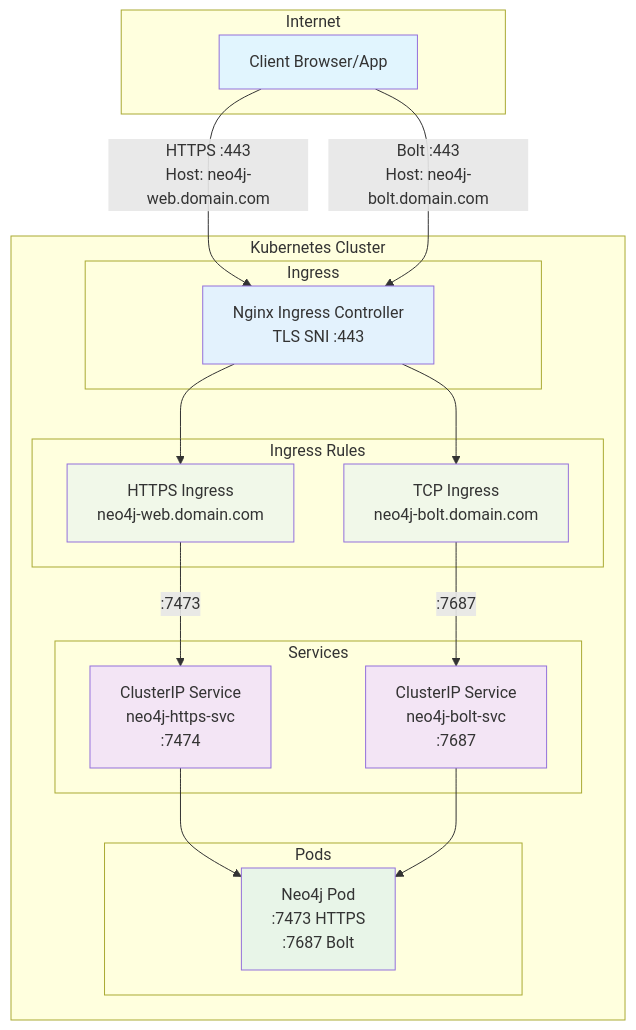
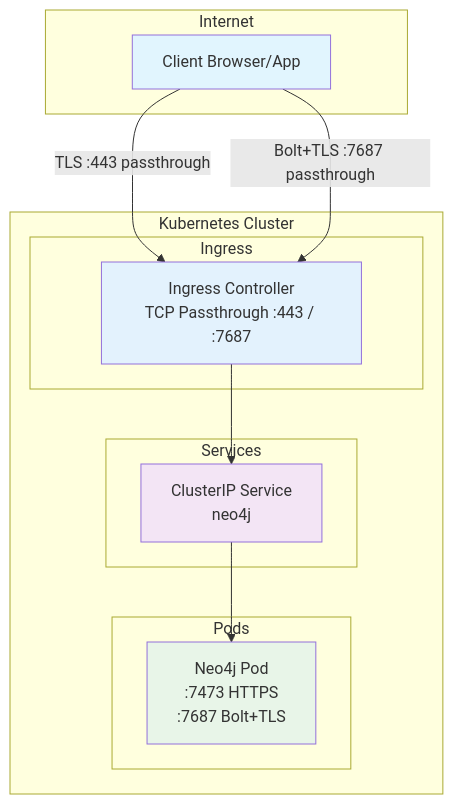
One commit to chboudry/neo4j-kubernetes changed the third of 6 diagrams in readme_network.md. Above: the diagram before and after it, drawn with Mermaid. The commit also changed other lines of this file and 1 other file, not shown here.

Commit message:
Update network architecture documentation for Neo4j on Kubernetes with detailed configuration options and pros/cons for various deployment strategies

````diff
--- a/readme_network.md
+++ b/readme_network.md
@@ -101,46 +150,28 @@
 ```mermaid
 graph TB
     subgraph "Internet"
         Client[Client Browser/App]
     end
-    
+
     subgraph "Kubernetes Cluster"
         subgraph "Ingress"
-            IC[Nginx Ingress Controller<br/>TLS SNI :443]
+            IC[Ingress Controller<br/>TCP Passthrough :443 / :7687]
         end
-        
         subgraph "Services"
-            Neo4jHTTPS[ClusterIP Service<br/>neo4j-https-svc<br/>:7474]
-            Neo4jBolt[ClusterIP Service<br/>neo4j-bolt-svc<br/>:7687]
+            Neo4jSvc[ClusterIP Service<br/>neo4j]
         end
-        
         subgraph "Pods"
-            Neo4j[Neo4j Pod<br/>:7473 HTTPS<br/>:7687 Bolt]
-        end
-        
-        subgraph "Ingress Rules"
-            HTTPSRule[HTTPS Ingress<br/>neo4j-web.domain.com]
-            BoltRule[TCP Ingress<br/>neo4j-bolt.domain.com]
+            Neo4j[Neo4j Pod<br/>:7473 HTTPS<br/>:7687 Bolt+TLS]
         end
     end
-    
-    Client -->|HTTPS :443<br/>Host: neo4j-web.domain.com| IC
-    Client -->|Bolt :443<br/>Host: neo4j-bolt.domain.com| IC
-    
-    IC --> HTTPSRule
-    IC --> BoltRule
-    
-    HTTPSRule -->|:7473| Neo4jHTTPS
-    BoltRule -->|:7687| Neo4jBolt
-    
-    Neo4jHTTPS --> Neo4j
-    Neo4jBolt --> Neo4j
-    
+
+    Client -->|TLS :443 passthrough| IC
+    Client -->|Bolt+TLS :7687 passthrough| IC
+    IC --> Neo4jSvc
+    Neo4jSvc --> Neo4j
+
     style Client fill:#e1f5fe
     style IC fill:#e3f2fd
-    style HTTPSRule fill:#f1f8e9
-    style BoltRule fill:#f1f8e9
-    style Neo4jHTTPS fill:#f3e5f5
-    style Neo4jBolt fill:#f3e5f5
+    style Neo4jSvc fill:#f3e5f5
     style Neo4j fill:#e8f5e8
 ```
````
